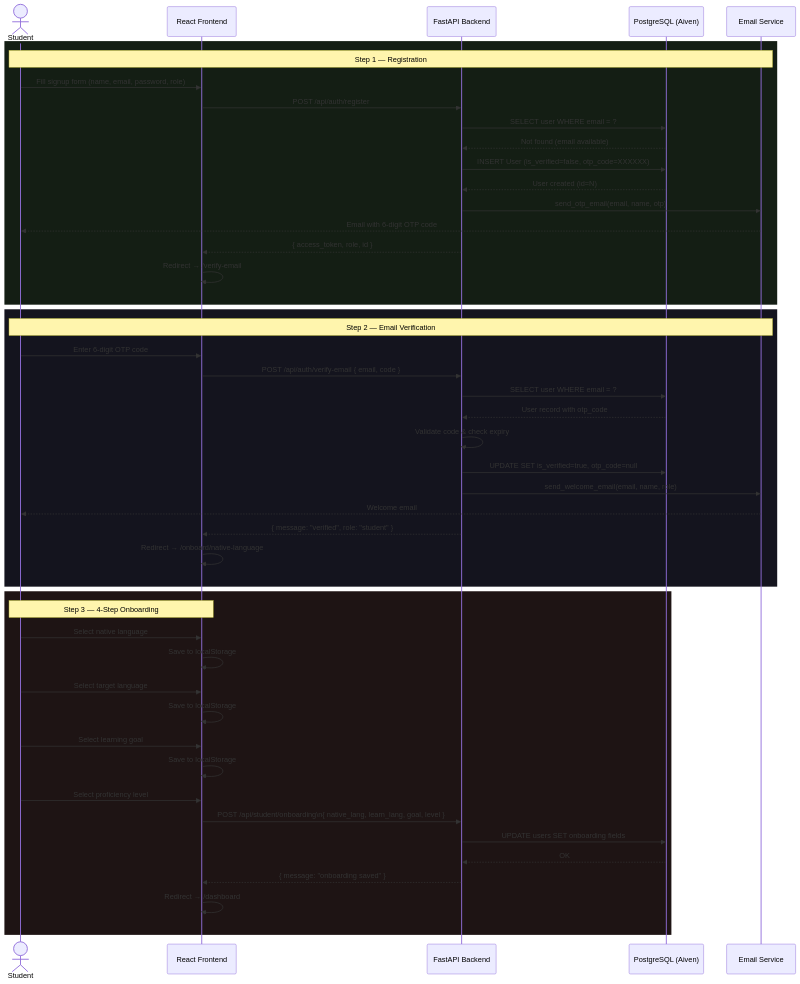
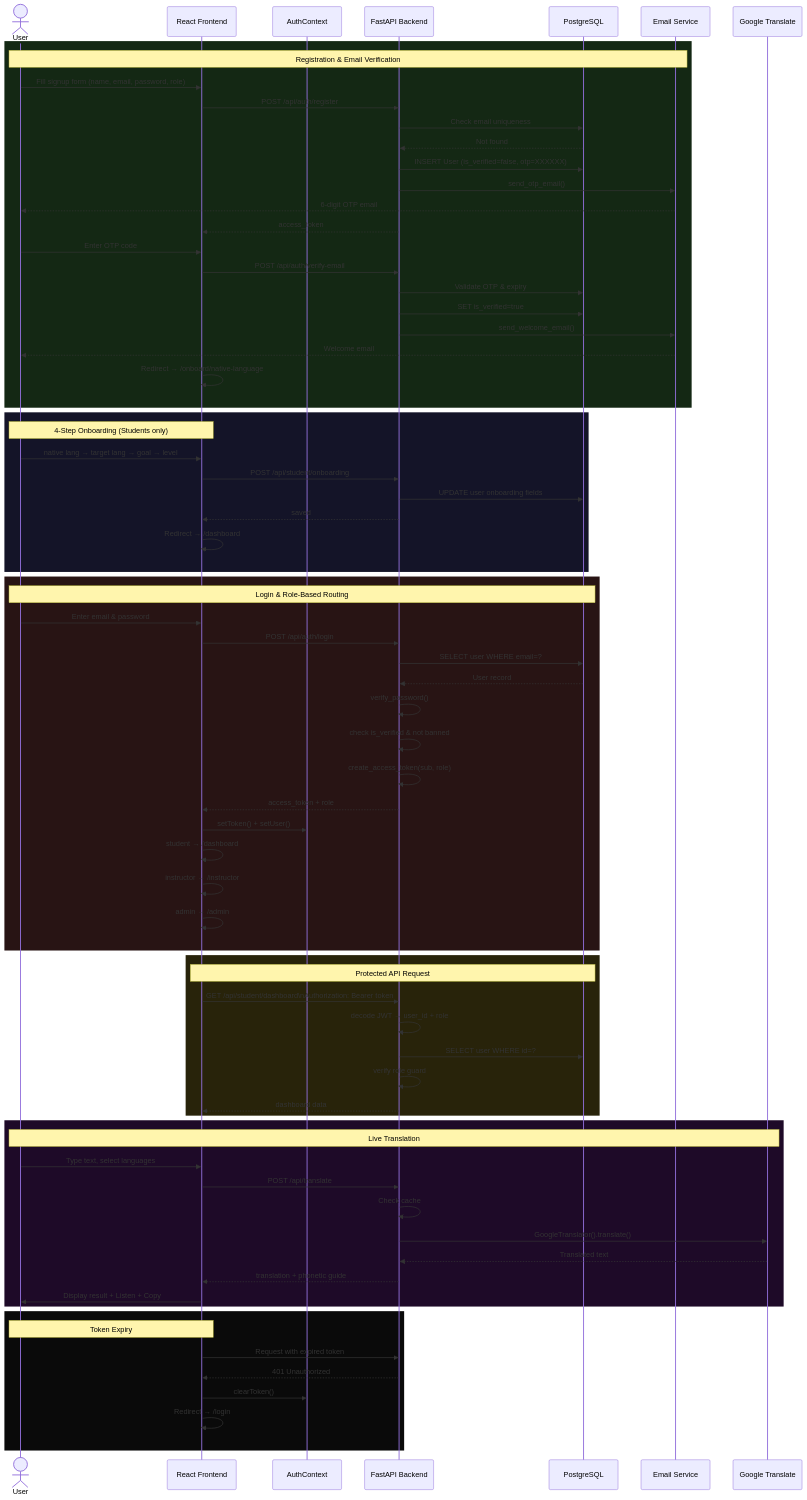
One commit to ngabo-dev/fluentfusion.v1 changed the fourth of 8 diagrams in DIAGRAMS.md. Above: the diagram before and after it, drawn with Mermaid. The commit also changed other lines of this file, not shown here.

Commit message:
docs: merge all sequence diagrams into one with 6 colour-coded phases

````diff
--- a/DIAGRAMS.md
+++ b/DIAGRAMS.md
@@ -244,52 +244,82 @@
 ```mermaid
 sequenceDiagram
-    actor U as Student
+    actor U as User
     participant FE as React Frontend
+    participant AC as AuthContext
     participant API as FastAPI Backend
-    participant DB as PostgreSQL (Aiven)
+    participant DB as PostgreSQL
     participant EM as Email Service
+    participant GT as Google Translate
 
-    rect rgb(20, 30, 20)
-        Note over U,EM: Step 1 — Registration
+    rect rgb(20, 40, 20)
+        Note over U,EM: Registration & Email Verification
         U->>FE: Fill signup form (name, email, password, role)
         FE->>API: POST /api/auth/register
-        API->>DB: SELECT user WHERE email = ?
-        DB-->>API: Not found (email available)
-        API->>DB: INSERT User (is_verified=false, otp_code=XXXXXX)
-        DB-->>API: User created (id=N)
-        API->>EM: send_otp_email(email, name, otp)
-        EM-->>U: Email with 6-digit OTP code
-        API-->>FE: { access_token, role, id }
-        FE->>FE: Redirect → /verify-email
-    end
-
-    rect rgb(20, 20, 30)
-        Note over U,EM: Step 2 — Email Verification
-        U->>FE: Enter 6-digit OTP code
-        FE->>API: POST /api/auth/verify-email { email, code }
-        API->>DB: SELECT user WHERE email = ?
-        DB-->>API: User record with otp_code
-        API->>API: Validate code & check expiry
-        API->>DB: UPDATE SET is_verified=true, otp_code=null
-        API->>EM: send_welcome_email(email, name, role)
+        API->>DB: Check email uniqueness
+        DB-->>API: Not found
+        API->>DB: INSERT User (is_verified=false, otp=XXXXXX)
+        API->>EM: send_otp_email()
+        EM-->>U: 6-digit OTP email
+        API-->>FE: access_token
+        U->>FE: Enter OTP code
+        FE->>API: POST /api/auth/verify-email
+        API->>DB: Validate OTP & expiry
+        API->>DB: SET is_verified=true
+        API->>EM: send_welcome_email()
         EM-->>U: Welcome email
-        API-->>FE: { message: "verified", role: "student" }
         FE->>FE: Redirect → /onboard/native-language
     end
 
-    rect rgb(30, 20, 20)
-        Note over U,FE: Step 3 — 4-Step Onboarding
-        U->>FE: Select native language
-        FE->>FE: Save to localStorage
-        U->>FE: Select target language
-        FE->>FE: Save to localStorage
-        U->>FE: Select learning goal
-        FE->>FE: Save to localStorage
-        U->>FE: Select proficiency level
-        FE->>API: POST /api/student/onboarding\n{ native_lang, learn_lang, goal, level }
-        API->>DB: UPDATE users SET onboarding fields
-        DB-->>API: OK
-        API-->>FE: { message: "onboarding saved" }
+    rect rgb(20, 20, 40)
+        Note over U,FE: 4-Step Onboarding (Students only)
+        U->>FE: native lang → target lang → goal → level
+        FE->>API: POST /api/student/onboarding
+        API->>DB: UPDATE user onboarding fields
+        API-->>FE: saved
         FE->>FE: Redirect → /dashboard
     end
+
+    rect rgb(40, 20, 20)
+        Note over U,DB: Login & Role-Based Routing
+        U->>FE: Enter email & password
+        FE->>API: POST /api/auth/login
+        API->>DB: SELECT user WHERE email=?
+        DB-->>API: User record
+        API->>API: verify_password()
+        API->>API: check is_verified & not banned
+        API->>API: create_access_token(sub, role)
+        API-->>FE: access_token + role
+        FE->>AC: setToken() + setUser()
+        FE->>FE: student → /dashboard
+        FE->>FE: instructor → /instructor
+        FE->>FE: admin → /admin
+    end
+
+    rect rgb(40, 35, 10)
+        Note over FE,DB: Protected API Request
+        FE->>API: GET /api/student/dashboard\nAuthorization: Bearer token
+        API->>API: decode JWT → user_id + role
+        API->>DB: SELECT user WHERE id=?
+        API->>API: verify role guard
+        API-->>FE: dashboard data
+    end
+
+    rect rgb(30, 10, 40)
+        Note over U,GT: Live Translation
+        U->>FE: Type text, select languages
+        FE->>API: POST /api/translate
+        API->>API: Check cache
+        API->>GT: GoogleTranslator().translate()
+        GT-->>API: Translated text
+        API-->>FE: translation + phonetic guide
+        FE->>U: Display result + Listen + Copy
+    end
+
+    rect rgb(10, 10, 10)
+        Note over U,FE: Token Expiry
+        FE->>API: Request with expired token
+        API-->>FE: 401 Unauthorized
+        FE->>AC: clearToken()
+        FE->>FE: Redirect → /login
+    end
 ```
````
